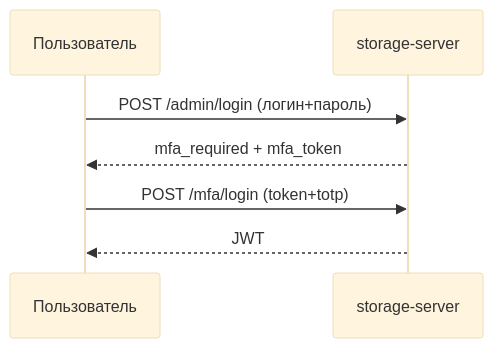
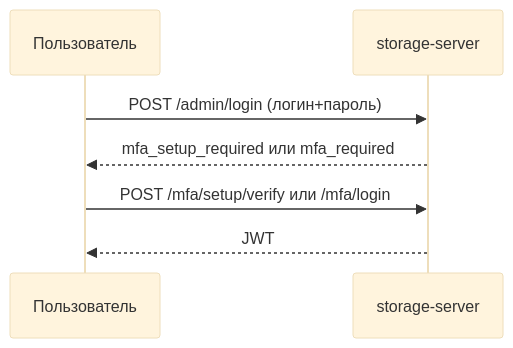
Before and after one commit to DirektorBani/DataSafeS3: the diagram in docs/administrator-guide/ru/mfa.md, drawn with Mermaid (base theme). The commit also changed other lines of this file and 225 other files, not shown here.

````diff
--- a/docs/administrator-guide/ru/mfa.md
+++ b/docs/administrator-guide/ru/mfa.md
@@ -19,9 +21,9 @@
 ```mermaid
 sequenceDiagram
   participant U as Пользователь
   participant S as storage-server
   U->>S: POST /admin/login (логин+пароль)
-  S-->>U: mfa_required + mfa_token
-  U->>S: POST /mfa/login (token+totp)
+  S-->>U: mfa_setup_required или mfa_required
+  U->>S: POST /mfa/setup/verify или /mfa/login
   S-->>U: JWT
 ```
````
